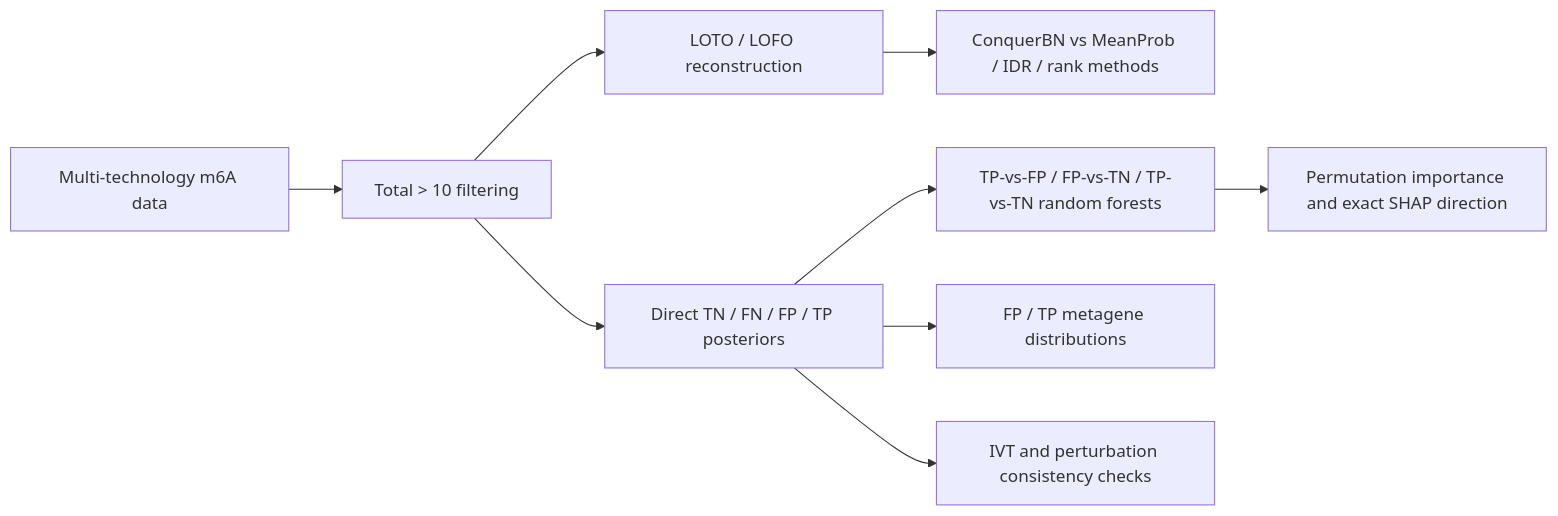
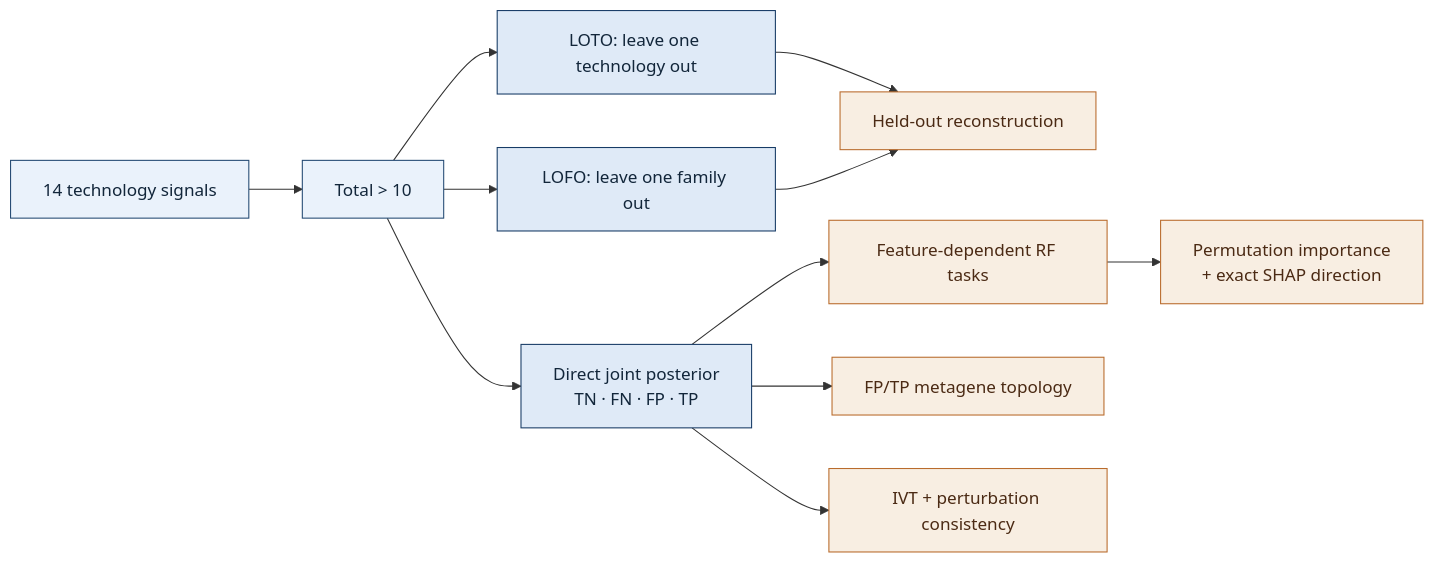
Before and after one commit to Ci-yo/SURF-2026-ConquerNet-Benchmarking: the diagram in README.md, drawn with Mermaid. The commit also changed other lines of this file and 26 other files, not shown here.

````diff
--- a/README.md
+++ b/README.md
@@ -7,11 +35,20 @@
 ```mermaid
 flowchart LR
-    A[Multi-technology m6A data] --> B[Total > 10 filtering]
-    B --> C[LOTO / LOFO reconstruction]
-    B --> D[Direct TN / FN / FP / TP posteriors]
-    C --> E[ConquerBN vs MeanProb / IDR / rank methods]
-    D --> F[TP-vs-FP / FP-vs-TN / TP-vs-TN random forests]
-    F --> G[Permutation importance and exact SHAP direction]
-    D --> H[FP / TP metagene distributions]
-    D --> I[IVT and perturbation consistency checks]
+    A[14 technology signals] --> B[Total > 10]
+    B --> C[LOTO: leave one technology out]
+    B --> D[LOFO: leave one family out]
+    B --> E[Direct joint posterior<br/>TN · FN · FP · TP]
+    C --> F[Held-out reconstruction]
+    D --> F
+    E --> G[Feature-dependent RF tasks]
+    G --> H[Permutation importance<br/>+ exact SHAP direction]
+    E --> I[FP/TP metagene topology]
+    E --> J[IVT + perturbation consistency]
+
+    classDef input fill:#eaf2fb,stroke:#244a73,color:#12263a;
+    classDef model fill:#dfeaf7,stroke:#173b66,color:#12263a;
+    classDef result fill:#f8eee2,stroke:#b96b2c,color:#4b2a14;
+    class A,B input;
+    class C,D,E model;
+    class F,G,H,I,J result;
 ```
````
